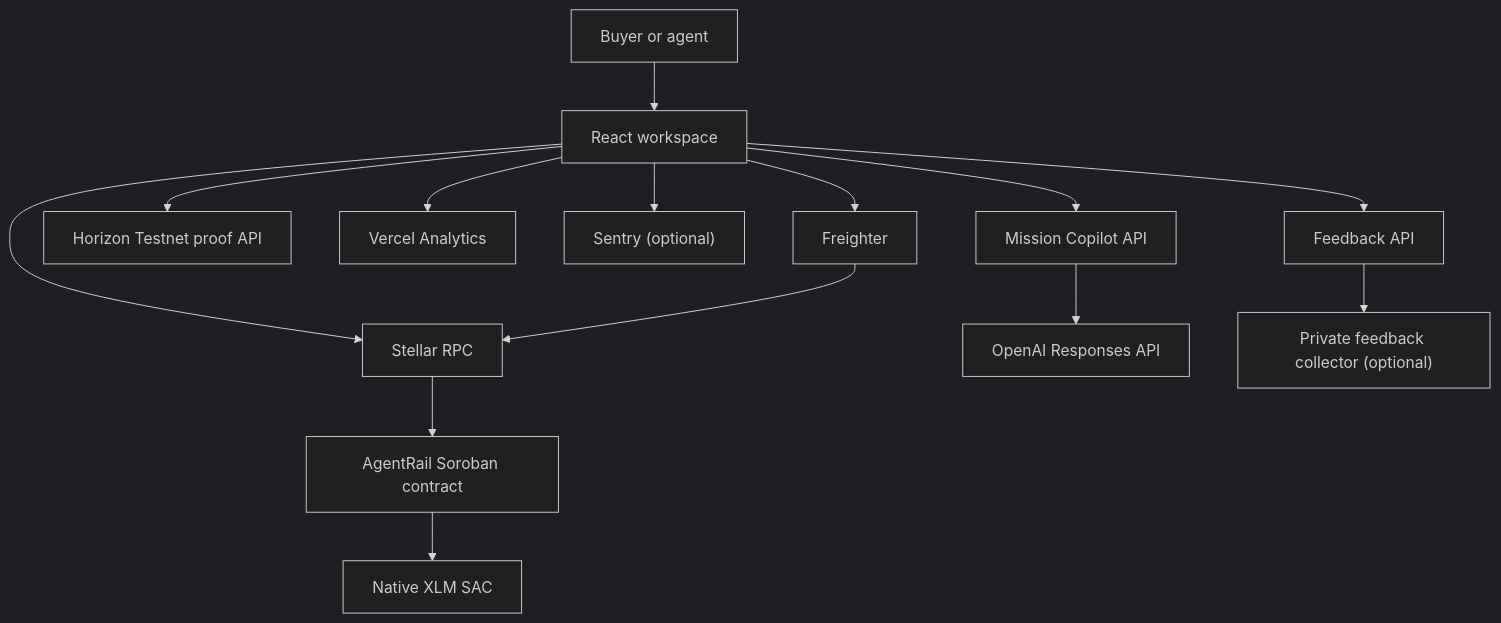
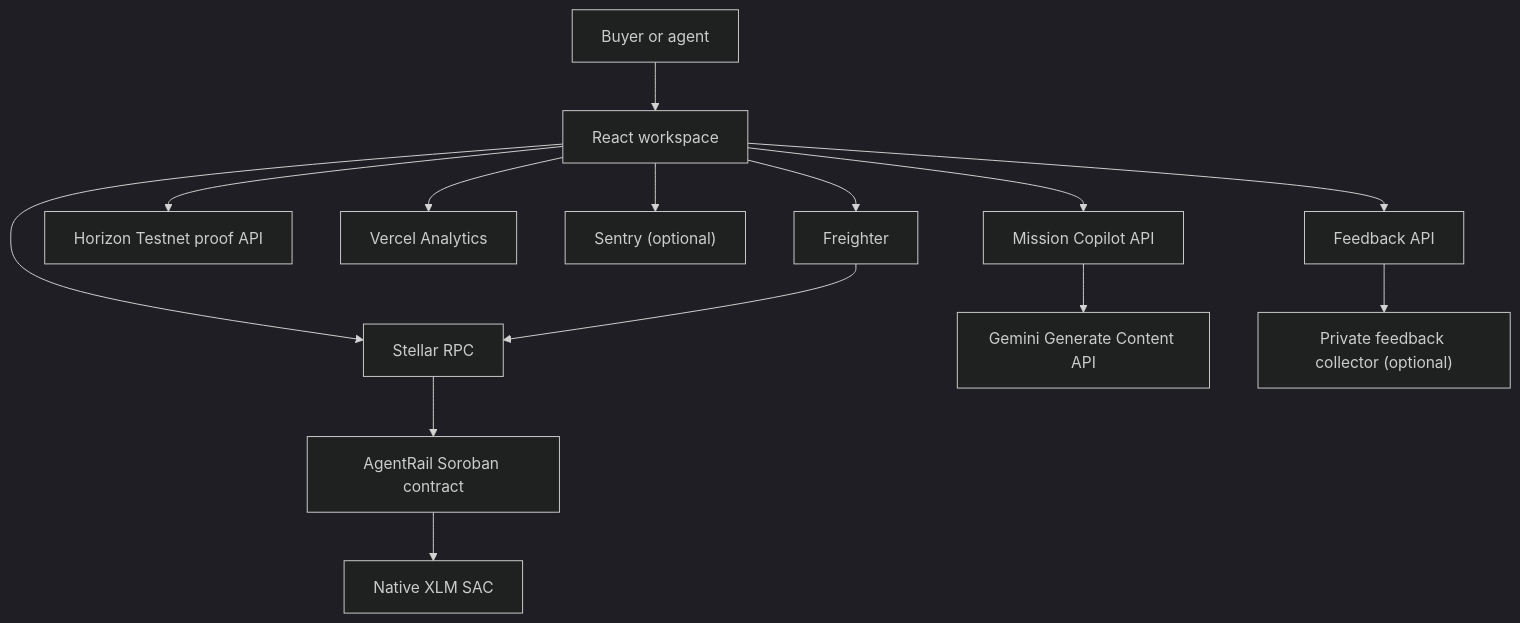
The first of 2 diagrams in docs/ARCHITECTURE.md (emretasss/agentrail-stellar), drawn with Mermaid (dark theme) before and after one commit. The commit also changed other lines of this file and 13 other files, not shown here.

Commit message:
Migrate Mission Copilot from OpenAI to Gemini

````diff
--- a/docs/ARCHITECTURE.md
+++ b/docs/ARCHITECTURE.md
@@ -15,16 +15,16 @@
 ```mermaid
 flowchart TB
     U["Buyer or agent"] --> UI["React workspace"]
     UI --> F["Freighter"]
     UI --> RPC["Stellar RPC"]
     UI --> H["Horizon Testnet proof API"]
     UI --> VC["Vercel Analytics"]
     UI --> S["Sentry (optional)"]
     UI --> C["Mission Copilot API"]
     UI --> FB["Feedback API"]
-    C --> O["OpenAI Responses API"]
+    C --> O["Gemini Generate Content API"]
     FB --> W["Private feedback collector (optional)"]
     F --> RPC
     RPC --> SC["AgentRail Soroban contract"]
     SC --> SAC["Native XLM SAC"]
 ```
````
